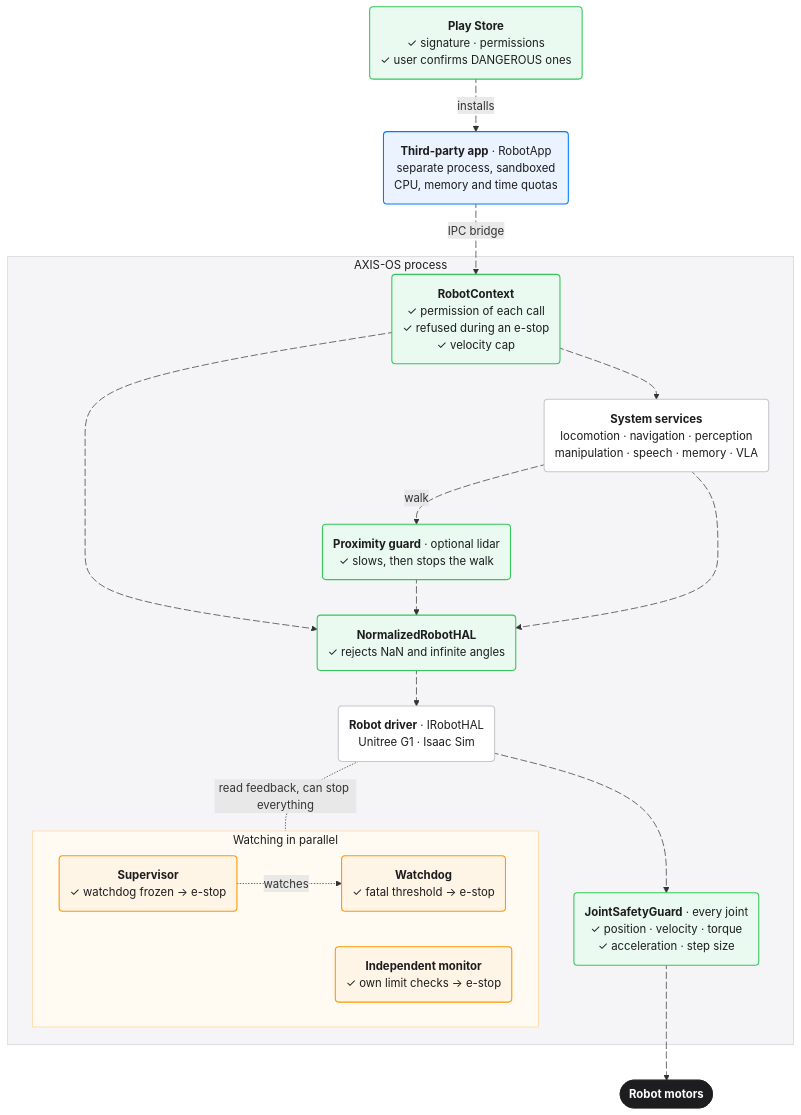
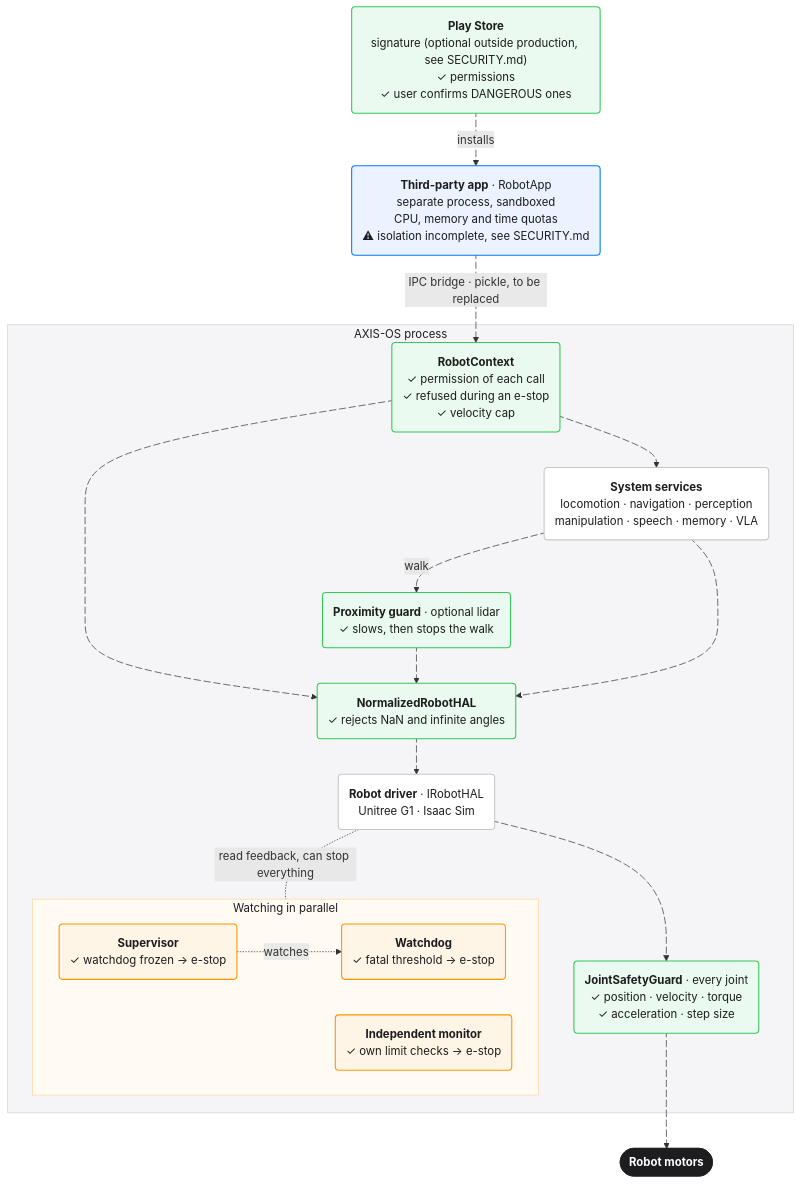
The diagram in README.md (OS-AXIS/AXIS-OS), drawn with Mermaid before and after one commit. The commit also changed 1 other file, not shown here.

Commit message:
Montre l'état réel dans le schéma des couches
Le schéma décrivait l'état visé. Il signale maintenant que la
signature est facultative hors production, que l'isolation des apps
est incomplète et que le pont IPC passe encore par pickle, qui reste
à remplacer. Les deux derniers points renvoient à SECURITY.md.

Claude-Session: https://claude.ai/code/session_01Kd65oQX59GQ8FeKBTHrWbn

````diff
--- a/README.md
+++ b/README.md
@@ -50,66 +50,66 @@
 ```mermaid
 ---
 config:
   layout: dagre
   fontFamily: "-apple-system, BlinkMacSystemFont, 'SF Pro Text', 'Helvetica Neue', Helvetica, Arial, sans-serif"
   flowchart:
     wrappingWidth: 320
   themeCSS: ".node rect, .cluster rect { rx: 14px; ry: 14px; } .edgeLabel foreignObject { overflow: visible; } .labelBkg { background: none; } .labelBkg .edgeLabel { display: inline-block; padding: 0 8px; border-radius: 999px; background: #ffffff; border: 1px solid #d2d2d7; color: #3a3a3c; } .labelBkg .edgeLabel p { background: none; margin: 0; } .labelBkg .edgeLabel:empty { display: none; } .flowchart-link { stroke: #8e8e93; stroke-width: 1.3px; } .marker { fill: #8e8e93; stroke: #8e8e93; } .edge-animation-fast { stroke: #007aff; stroke-dasharray: 0 20 !important; stroke-width: 5px; } @media (prefers-reduced-motion: reduce) { .edge-animation-fast { animation: none; } }"
 ---
 flowchart TB
-    PS("<b>Play Store</b><br/>✓ signature · permissions<br/>✓ user confirms DANGEROUS ones")
+    PS("<b>Play Store</b><br/>signature (optional outside production, see SECURITY.md)<br/>✓ permissions<br/>✓ user confirms DANGEROUS ones")
 
-    A("<b>Third-party app</b> · RobotApp<br/>separate process, sandboxed<br/>CPU, memory and time quotas")
+    A("<b>Third-party app</b> · RobotApp<br/>separate process, sandboxed<br/>CPU, memory and time quotas<br/>⚠ isolation incomplete, see SECURITY.md")
 
     subgraph OS["AXIS-OS process"]
         CTX("<b>RobotContext</b><br/>✓ permission of each call<br/>✓ refused during an e-stop<br/>✓ velocity cap")
         SV("<b>System services</b><br/>locomotion · navigation · perception<br/>manipulation · speech · memory · VLA")
         G("<b>Proximity guard</b> · optional lidar<br/>✓ slows, then stops the walk")
         N("<b>NormalizedRobotHAL</b><br/>✓ rejects NaN and infinite angles")
         D("<b>Robot driver</b> · IRobotHAL<br/>Unitree G1 · Isaac Sim")
         J("<b>JointSafetyGuard</b> · every joint<br/>✓ position · velocity · torque<br/>✓ acceleration · step size")
         subgraph MON["Watching in parallel"]
             W("<b>Watchdog</b><br/>✓ fatal threshold → e-stop")
             SU("<b>Supervisor</b><br/>✓ watchdog frozen → e-stop")
             IM("<b>Independent monitor</b><br/>✓ own limit checks → e-stop")
         end
     end
 
     R(["<b>Robot motors</b>"])
 
     PS e1@-->|installs| A
-    A e2@-->|"IPC bridge"| CTX
+    A e2@-->|"IPC bridge · pickle, to be replaced"| CTX
     CTX e3@--> SV
     CTX e4@--> N
     SV e5@-->|walk| G
     G e6@--> N
     SV e7@--> N
     N e8@--> D
     D e9@--> J
     J e10@--> R
     SU -.->|watches| W
     D -.-|"read feedback, can stop everything"| MON
 
     e1@{ animate: true }
     e2@{ animate: true }
     e3@{ animate: true }
     e4@{ animate: true }
     e5@{ animate: true }
     e6@{ animate: true }
     e7@{ animate: true }
     e8@{ animate: true }
     e9@{ animate: true }
     e10@{ animate: true }
     classDef app fill:#eaf3ff,stroke:#007aff,stroke-width:1.5px,color:#1d1d1f
     classDef check fill:#eafaf0,stroke:#34c759,stroke-width:1.5px,color:#1d1d1f
     classDef watch fill:#fff5e6,stroke:#ff9500,stroke-width:1.5px,color:#1d1d1f
     classDef plain fill:#ffffff,stroke:#c7c7cc,stroke-width:1.5px,color:#1d1d1f
     classDef motor fill:#1d1d1f,stroke:#1d1d1f,color:#ffffff
     class A app
     class PS,CTX,G,N,J check
     class W,SU,IM watch
     class SV,D plain
     class R motor
     style OS fill:#f5f5f7,stroke:#d2d2d7,color:#1d1d1f
     style MON fill:#fffaf2,stroke:#ffd59e,color:#1d1d1f
 ```
````
